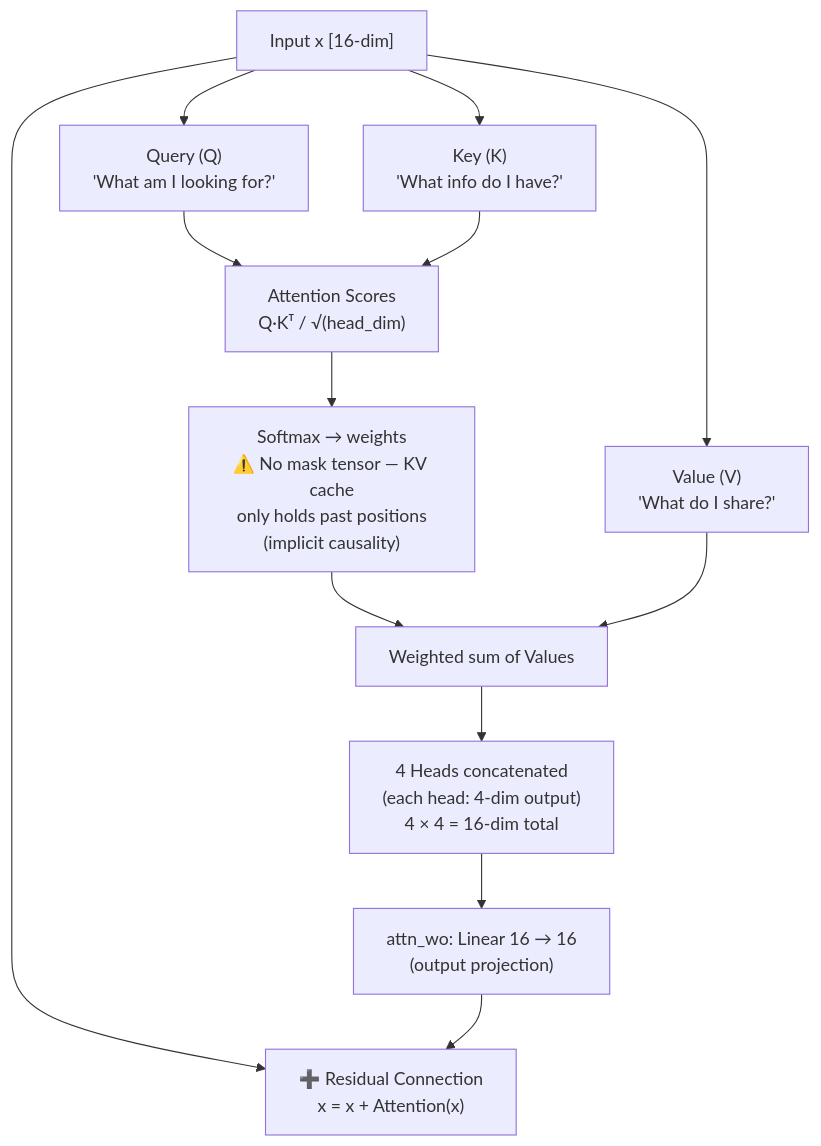
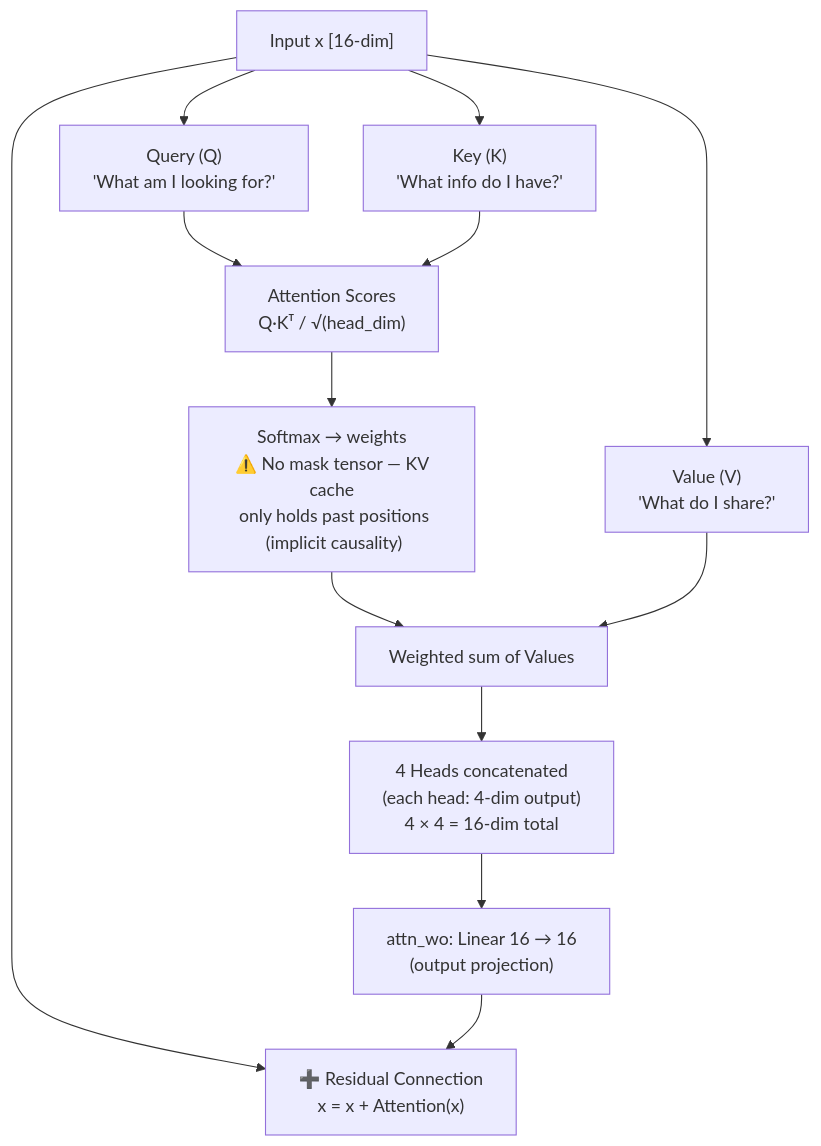
Before and after one commit to rsrini7/Learnings: the sixth of 12 diagrams in AI-ML/microGPT-Architecture-Complete.md, drawn with Mermaid. The commit also changed other lines of this file, not shown here.

First line of the commit message:
docs: update microGPT architecture documentation formatting and details

````diff
--- a/AI-ML/microGPT-Architecture-Complete.md
+++ b/AI-ML/microGPT-Architecture-Complete.md
@@ -216,15 +232,15 @@
 ```mermaid
 flowchart TD
-    X["Input x [16-dim]"] --> Q["Query (Q)<br/>'What am I looking for?'"]
-    X --> K["Key (K)<br/>'What info do I have?'"]
-    X --> V["Value (V)<br/>'What do I share?'"]
-    Q --> SCORE["Attention Scores<br/>Q·Kᵀ / √(head_dim)"]
+    X["Input x [16-dim]"] --> Q["Query (Q)<br/> 'What am I looking for?'"]
+    X --> K["Key (K)<br/> 'What info do I have?'"]
+    X --> V["Value (V)<br/> 'What do I share?'"]
+    Q --> SCORE["Attention Scores<br/> Q·Kᵀ / √(head_dim)"]
     K --> SCORE
-    SCORE --> SOFT["Softmax → weights<br/>⚠️ No mask tensor — KV cache<br/>only holds past positions<br/>(implicit causality)"]
+    SCORE --> SOFT["Softmax → weights<br/> ⚠️ No mask tensor — KV cache<br/> only holds past positions<br/> (implicit causality)"]
     SOFT --> OUT["Weighted sum of Values"]
     V --> OUT
-    OUT --> HEADS["4 Heads concatenated<br/>(each head: 4-dim output)<br/>4 × 4 = 16-dim total"]
-    HEADS --> PROJ["attn_wo: Linear 16 → 16<br/>(output projection)"]
-    X --> RES["➕ Residual Connection<br/>x = x + Attention(x)"]
+    OUT --> HEADS["4 Heads concatenated<br/> (each head: 4-dim output)<br/> 4 × 4 = 16-dim total"]
+    HEADS --> PROJ["attn_wo: Linear 16 → 16<br/> (output projection)"]
+    X --> RES["➕ Residual Connection<br/> x = x + Attention(x)"]
     PROJ --> RES
 ```
````
